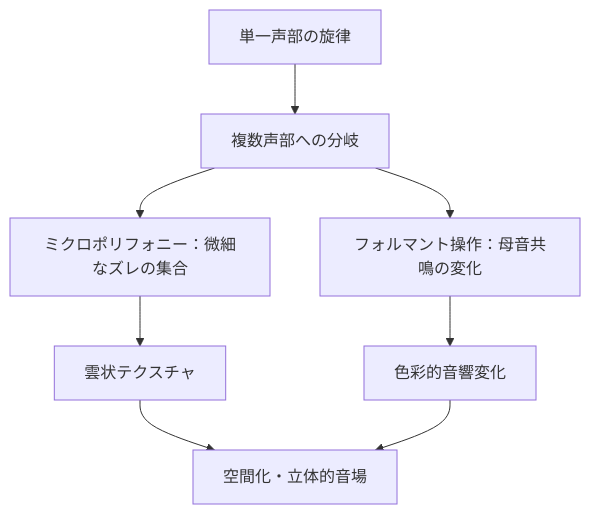
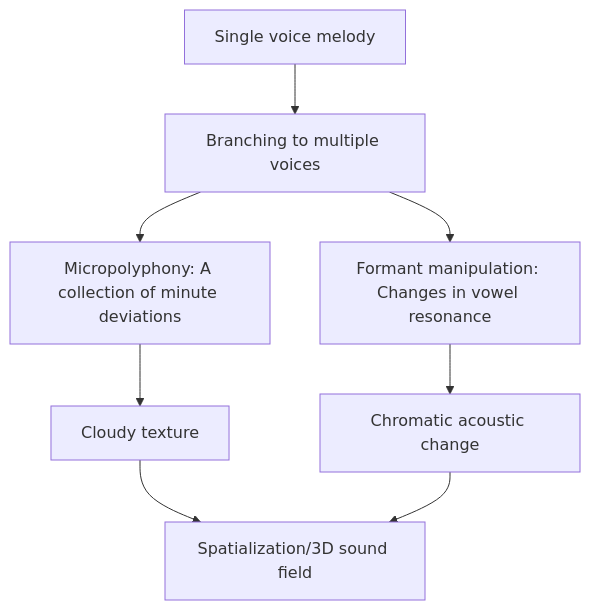
The second of 2 diagrams in en/_posts/2025-12-10-column-choral-vocal-experimental.md (monumental-movement/monumental-movement.github.io), drawn with Mermaid before and after one commit. The commit also changed other lines of this file and 801 other files, not shown here.

```diff
--- a/en/_posts/2025-12-10-column-choral-vocal-experimental.md
+++ b/en/_posts/2025-12-10-column-choral-vocal-experimental.md
@@ -228,10 +228,10 @@
 <div class="mermaid">
 flowchart TD
-    A["単一声部の旋律"] --> B["複数声部への分岐"]
-    B --> C["ミクロポリフォニー：微細なズレの集合"]
-    B --> D["フォルマント操作：母音共鳴の変化"]
-    C --> E["雲状テクスチャ"]
-    D --> F["色彩的音響変化"]
-    E --> G["空間化・立体的音場"]
-    F --> G["空間化・立体的音場"]
+    A["Single voice melody"] --> B["Branching to multiple voices"]
+    B --> C["Micropolyphony: A collection of minute deviations"]
+    B --> D["Formant manipulation: Changes in vowel resonance"]
+    C --> E["Cloudy texture"]
+    D --> F["Chromatic acoustic change"]
+    E --> G["Spatialization/3D sound field"]
+    F --> G["Spatialization/3D sound field"]
 </div>
```
